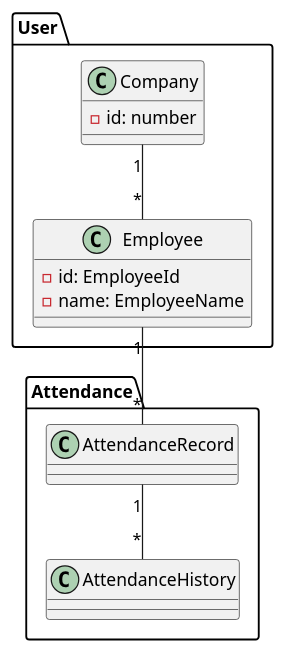
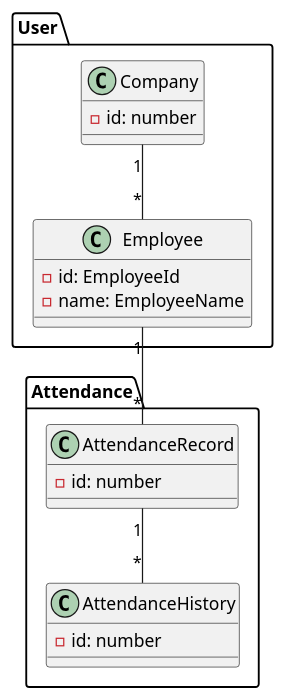
Before and after one commit to sugiwa/ddd-attendance-record: the diagram in docs/model.pu, drawn with PlantUML.

Commit message:
add model

```diff
--- a/docs/model.pu
+++ b/docs/model.pu
@@ -1,20 +1,28 @@
 @startuml
 
 package User {
     class Employee {
         - id: EmployeeId
         - name: EmployeeName
     }
 
     class Company {
         - id: number
     }
     Company "1"--"*" Employee
 }
 
 package Attendance {
+    class AttendanceRecord {
+        - id: number
+    }
+
+    class AttendanceHistory {
+        - id: number
+    }
+
     Employee "1"--"*" AttendanceRecord
     AttendanceRecord "1"--"*" AttendanceHistory
 }
 
 @enduml
```
